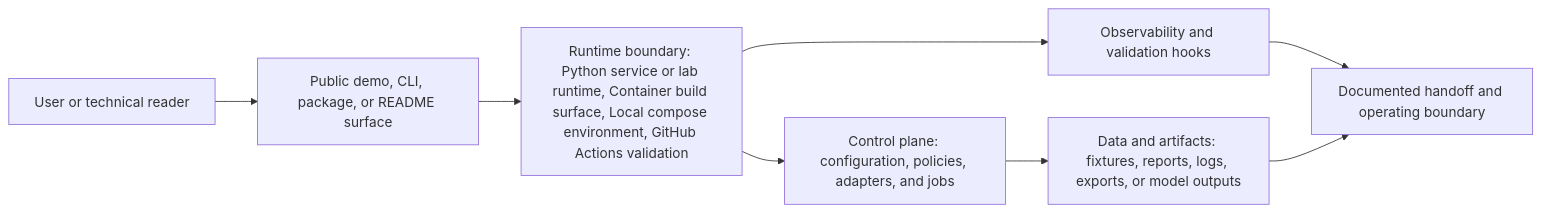
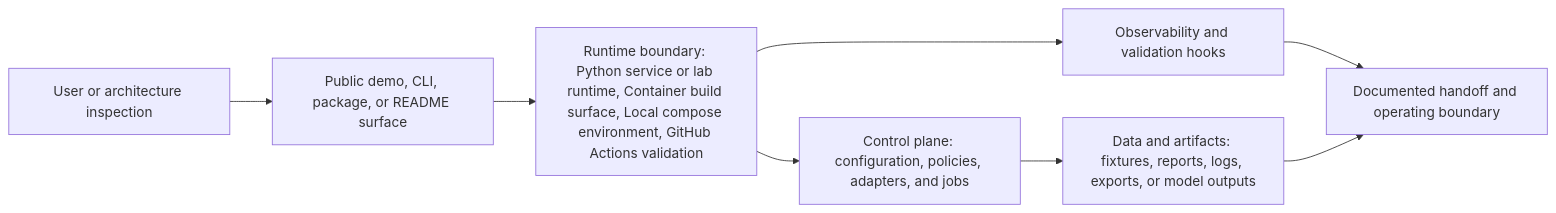
One commit to KIM3310/agent-orchestration-benchmark changed the diagram in docs/system-architecture.md. Above: the diagram before and after it, drawn with Mermaid. The commit also changed 6 other files, not shown here.

Commit message:
Polish architecture-centered repository surfaces

````diff
--- a/docs/system-architecture.md
+++ b/docs/system-architecture.md
@@ -18,10 +18,10 @@
 ```mermaid
 flowchart LR
-    User["User or technical reader"] --> Surface["Public demo, CLI, package, or README surface"]
+    User["User or architecture inspection"] --> Surface["Public demo, CLI, package, or README surface"]
     Surface --> Runtime["Runtime boundary: Python service or lab runtime, Container build surface, Local compose environment, GitHub Actions validation"]
     Runtime --> Control["Control plane: configuration, policies, adapters, and jobs"]
     Control --> Data["Data and artifacts: fixtures, reports, logs, exports, or model outputs"]
     Runtime --> Observability["Observability and validation hooks"]
     Observability --> Handoff["Documented handoff and operating boundary"]
     Data --> Handoff
 ```
````
